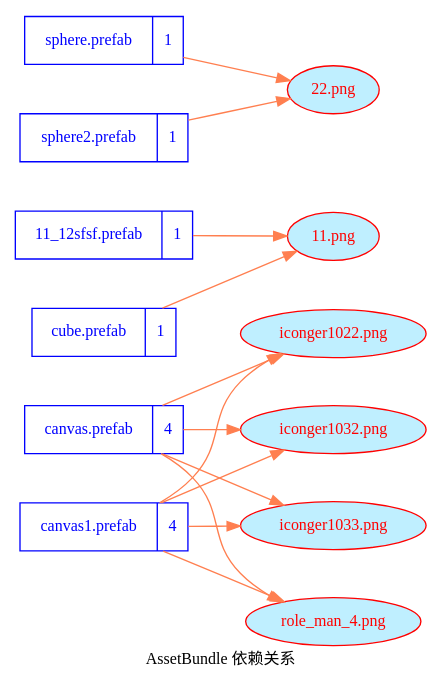
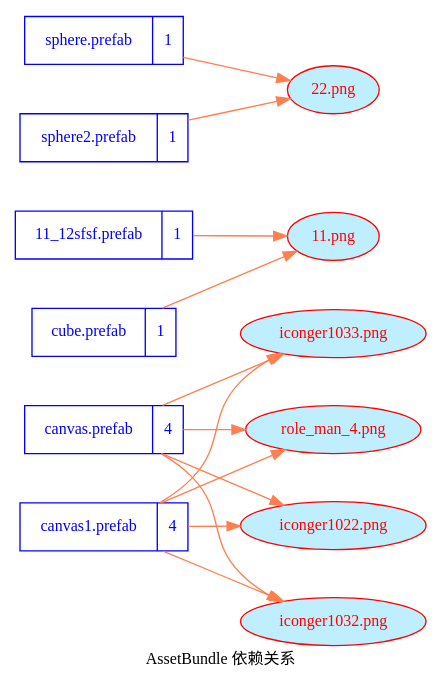
The diagram in Assets/StreamingAssets/AssetBundles/00dep.dot (songtm/ABSystem), drawn with Graphviz before and after one commit. The commit also changed other lines of this file and 6 other files, not shown here.

```diff
--- a/Assets/StreamingAssets/AssetBundles/00dep.dot
+++ b/Assets/StreamingAssets/AssetBundles/00dep.dot
@@ -1,45 +1,45 @@
 digraph dep {
     fontname = "Microsoft YaHei";
     label = "AssetBundle 依赖关系"
     nodesep=0.5
     rankdir = "LR"
     fontsize = 12;
     node [ fontname = "Microsoft YaHei", fontsize = 12, shape = "record" color="skyblue"];
     edge [ fontname = "Microsoft YaHei", fontsize = 12 , color="coral"];
 	"canvas.prefab" [color="blue", fontcolor="blue", label="{<f0> canvas.prefab |<f1> 4 }"]
 	"canvas1.prefab" [color="blue", fontcolor="blue", label="{<f0> canvas1.prefab |<f1> 4 }"]
 	"11_12sfsf.prefab" [color="blue", fontcolor="blue", label="{<f0> 11_12sfsf.prefab |<f1> 1 }"]
 	"cube.prefab" [color="blue", fontcolor="blue", label="{<f0> cube.prefab |<f1> 1 }"]
 	"sphere.prefab" [color="blue", fontcolor="blue", label="{<f0> sphere.prefab |<f1> 1 }"]
 	"sphere2.prefab" [color="blue", fontcolor="blue", label="{<f0> sphere2.prefab |<f1> 1 }"]
+	"iconger1022.png" [color="red", fontcolor="red", shape="ellipse", fillcolor="lightblue1", style="filled"]
+	"iconger1032.png" [color="red", fontcolor="red", shape="ellipse", fillcolor="lightblue1", style="filled"]
 	"iconger1033.png" [color="red", fontcolor="red", shape="ellipse", fillcolor="lightblue1", style="filled"]
 	"role_man_4.png" [color="red", fontcolor="red", shape="ellipse", fillcolor="lightblue1", style="filled"]
-	"iconger1022.png" [color="red", fontcolor="red", shape="ellipse", fillcolor="lightblue1", style="filled"]
-	"iconger1032.png" [color="red", fontcolor="red", shape="ellipse", fillcolor="lightblue1", style="filled"]
 	"11.png" [color="red", fontcolor="red", shape="ellipse", fillcolor="lightblue1", style="filled"]
 	"22.png" [color="red", fontcolor="red", shape="ellipse", fillcolor="lightblue1", style="filled"]
+	"canvas.prefab"->"iconger1022.png"
+	"canvas.prefab"->"iconger1032.png"
 	"canvas.prefab"->"iconger1033.png"
 	"canvas.prefab"->"role_man_4.png"
-	"canvas.prefab"->"iconger1022.png"
-	"canvas.prefab"->"iconger1032.png"
 
+	"canvas1.prefab"->"iconger1022.png"
+	"canvas1.prefab"->"iconger1032.png"
 	"canvas1.prefab"->"iconger1033.png"
 	"canvas1.prefab"->"role_man_4.png"
-	"canvas1.prefab"->"iconger1022.png"
-	"canvas1.prefab"->"iconger1032.png"
 
 	"11_12sfsf.prefab"->"11.png"
 
 	"cube.prefab"->"11.png"
 
 	"sphere.prefab"->"22.png"
 
 	"sphere2.prefab"->"22.png"
 
 
 
 
 
 
 
 }
```
